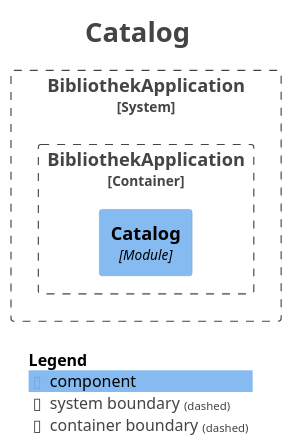
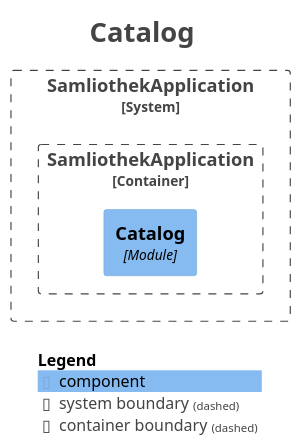
Before and after one commit to samin-z/samliothek: the diagram in docs/modulith/module-catalog.puml, drawn with PlantUML. The commit also changed 52 other files, not shown here.

```diff
--- a/docs/modulith/module-catalog.puml
+++ b/docs/modulith/module-catalog.puml
@@ -1,27 +1,27 @@
 @startuml
 title <size:24>Catalog</size>
 
 set separator none
 top to bottom direction
 
 <style>
   root {
     BackgroundColor: #ffffff
     FontColor: #444444
   }
 </style>
 
 !include <C4/C4>
 !include <C4/C4_Context>
 !include <C4/C4_Component>
 
-System_Boundary("BibliothekApplication_boundary", "BibliothekApplication", $tags="") {
-  Container_Boundary("BibliothekApplication.BibliothekApplication_boundary", "BibliothekApplication", $tags="") {
-    Component(BibliothekApplication.BibliothekApplication.Catalog, "Catalog", $techn="Module", $descr="", $tags="", $link="")
+System_Boundary("SamliothekApplication_boundary", "SamliothekApplication", $tags="") {
+  Container_Boundary("SamliothekApplication.SamliothekApplication_boundary", "SamliothekApplication", $tags="") {
+    Component(SamliothekApplication.SamliothekApplication.Catalog, "Catalog", $techn="Module", $descr="", $tags="", $link="")
   }
 
 }
 
 SHOW_LEGEND(true)
 hide stereotypes
 @enduml
```
